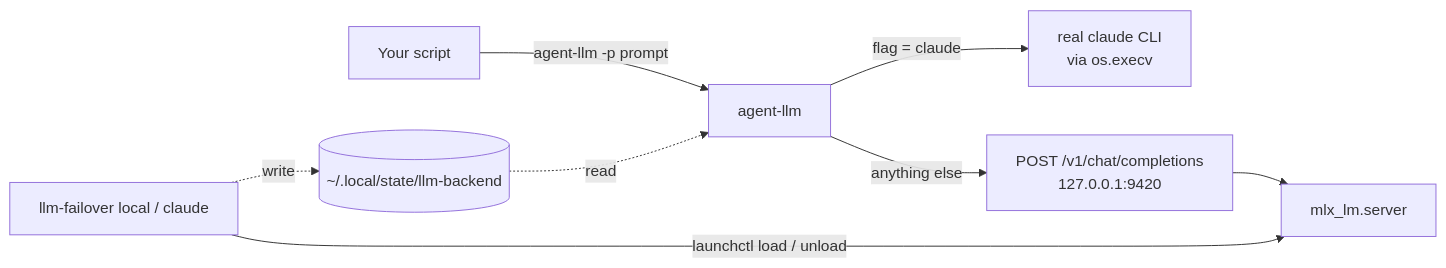
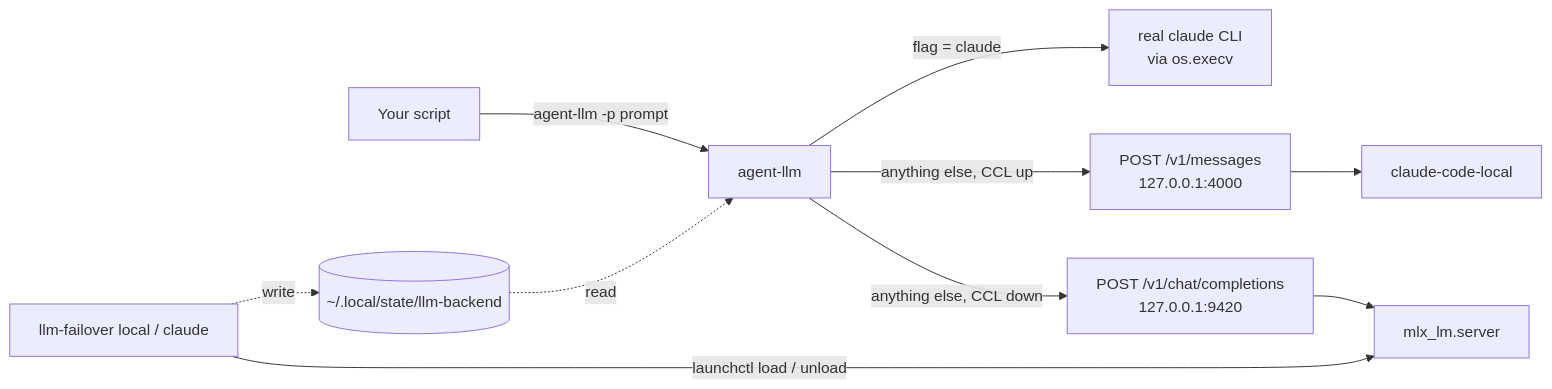
Before and after one commit to nicedreamzapp/claude-failover: the diagram in docs/how-it-works.md, drawn with Mermaid. The commit also changed other lines of this file and 4 other files, not shown here.

Commit message:
Document the one-line install and the claude-code-local backend

````diff
--- a/docs/how-it-works.md
+++ b/docs/how-it-works.md
@@ -10,10 +10,12 @@
 ```mermaid
 flowchart LR
     S[Your script] -->|agent-llm -p prompt| A[agent-llm]
     F[(~/.local/state/llm-backend)] -.read.-> A
     A -->|flag = claude| C[real claude CLI<br/>via os.execv]
-    A -->|anything else| L[POST /v1/chat/completions<br/>127.0.0.1:9420]
+    A -->|anything else, CCL up| K[POST /v1/messages<br/>127.0.0.1:4000]
+    K --> Q[claude-code-local]
+    A -->|anything else, CCL down| L[POST /v1/chat/completions<br/>127.0.0.1:9420]
     L --> M[mlx_lm.server]
     U[llm-failover local / claude] -.write.-> F
     U -->|launchctl load / unload| M
 ```
````
